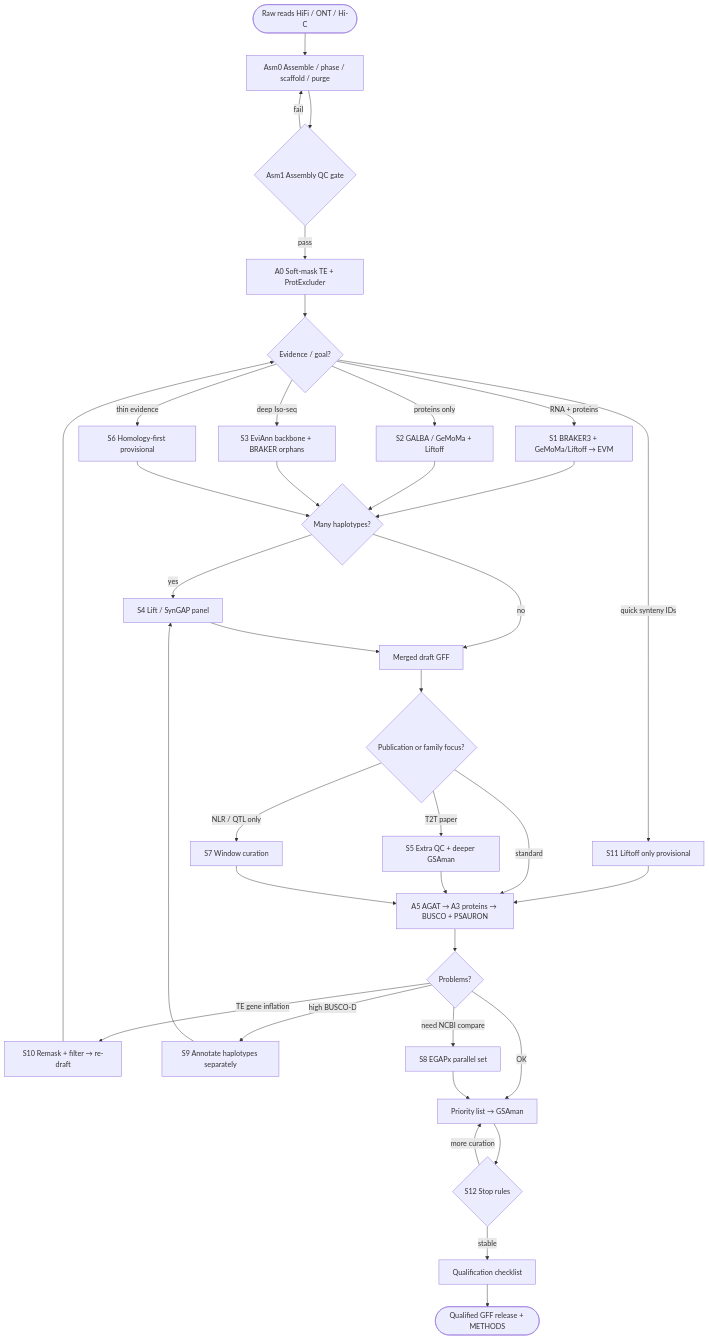
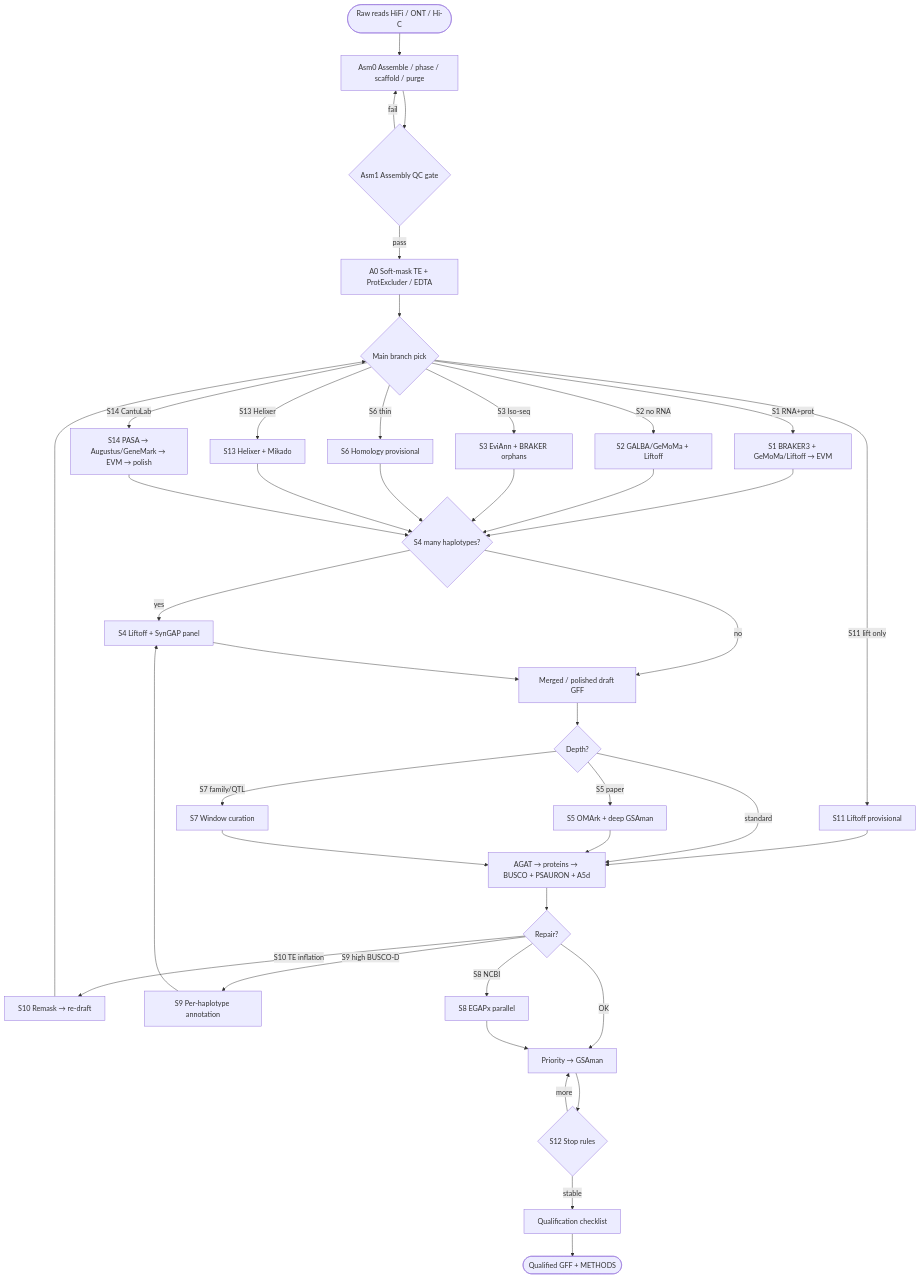
The diagram in README.md (Xuzhen-Li/vitis-gene-annotation), drawn with Mermaid before and after one commit. The commit also changed other lines of this file and 21 other files, not shown here.

````diff
--- a/README.md
+++ b/README.md
@@ -21,45 +21,49 @@
 ```mermaid
 flowchart TD
   start([Raw reads HiFi / ONT / Hi-C]) --> Asm0[Asm0 Assemble / phase / scaffold / purge]
   Asm0 --> Asm1{Asm1 Assembly QC gate}
   Asm1 -->|fail| Asm0
-  Asm1 -->|pass| A0[A0 Soft-mask TE + ProtExcluder]
-  A0 --> pick{Evidence / goal?}
+  Asm1 -->|pass| A0[A0 Soft-mask TE + ProtExcluder / EDTA]
+  A0 --> pick{Main branch pick}
 
-  pick -->|RNA + proteins| S1[S1 BRAKER3 + GeMoMa/Liftoff → EVM]
-  pick -->|proteins only| S2[S2 GALBA / GeMoMa + Liftoff]
-  pick -->|deep Iso-seq| S3[S3 EviAnn backbone + BRAKER orphans]
-  pick -->|thin evidence| S6[S6 Homology-first provisional]
-  pick -->|quick synteny IDs| S11[S11 Liftoff only provisional]
+  pick -->|S1 RNA+prot| S1[S1 BRAKER3 + GeMoMa/Liftoff → EVM]
+  pick -->|S2 no RNA| S2[S2 GALBA/GeMoMa + Liftoff]
+  pick -->|S3 Iso-seq| S3[S3 EviAnn + BRAKER orphans]
+  pick -->|S6 thin| S6[S6 Homology provisional]
+  pick -->|S11 lift only| S11[S11 Liftoff provisional]
+  pick -->|S13 Helixer| S13[S13 Helixer + Mikado]
+  pick -->|S14 CantuLab| S14[S14 PASA → Augustus/GeneMark → EVM → polish]
 
-  S1 --> multi{Many haplotypes?}
+  S1 --> multi{S4 many haplotypes?}
   S2 --> multi
   S3 --> multi
   S6 --> multi
+  S13 --> multi
+  S14 --> multi
   S11 --> QC
 
-  multi -->|yes| S4[S4 Lift / SynGAP panel]
-  multi -->|no| draft[Merged draft GFF]
+  multi -->|yes| S4[S4 Liftoff + SynGAP panel]
+  multi -->|no| draft[Merged / polished draft GFF]
   S4 --> draft
 
-  draft --> focus{Publication or family focus?}
-  focus -->|T2T paper| S5[S5 Extra QC + deeper GSAman]
-  focus -->|NLR / QTL only| S7[S7 Window curation]
-  focus -->|standard| QC[A5 AGAT → A3 proteins → BUSCO + PSAURON]
+  draft --> focus{Depth?}
+  focus -->|S5 paper| S5[S5 OMArk + deep GSAman]
+  focus -->|S7 family/QTL| S7[S7 Window curation]
+  focus -->|standard| QC[AGAT → proteins → BUSCO + PSAURON + A5d]
   S5 --> QC
   S7 --> QC
 
-  QC --> problems{Problems?}
-  problems -->|TE gene inflation| S10[S10 Remask + filter → re-draft]
-  problems -->|high BUSCO-D| S9[S9 Annotate haplotypes separately]
-  problems -->|need NCBI compare| S8[S8 EGAPx parallel set]
-  problems -->|OK| pri[Priority list → GSAman]
+  QC --> problems{Repair?}
+  problems -->|S10 TE inflation| S10[S10 Remask → re-draft]
+  problems -->|S9 high BUSCO-D| S9[S9 Per-haplotype annotation]
+  problems -->|S8 NCBI| S8[S8 EGAPx parallel]
+  problems -->|OK| pri[Priority → GSAman]
   S10 --> pick
   S9 --> S4
   S8 --> pri
 
   pri --> stop{S12 Stop rules}
-  stop -->|more curation| pri
+  stop -->|more| pri
   stop -->|stable| qual[Qualification checklist]
-  qual --> release([Qualified GFF release + METHODS])
+  qual --> release([Qualified GFF + METHODS])
 ```
````
